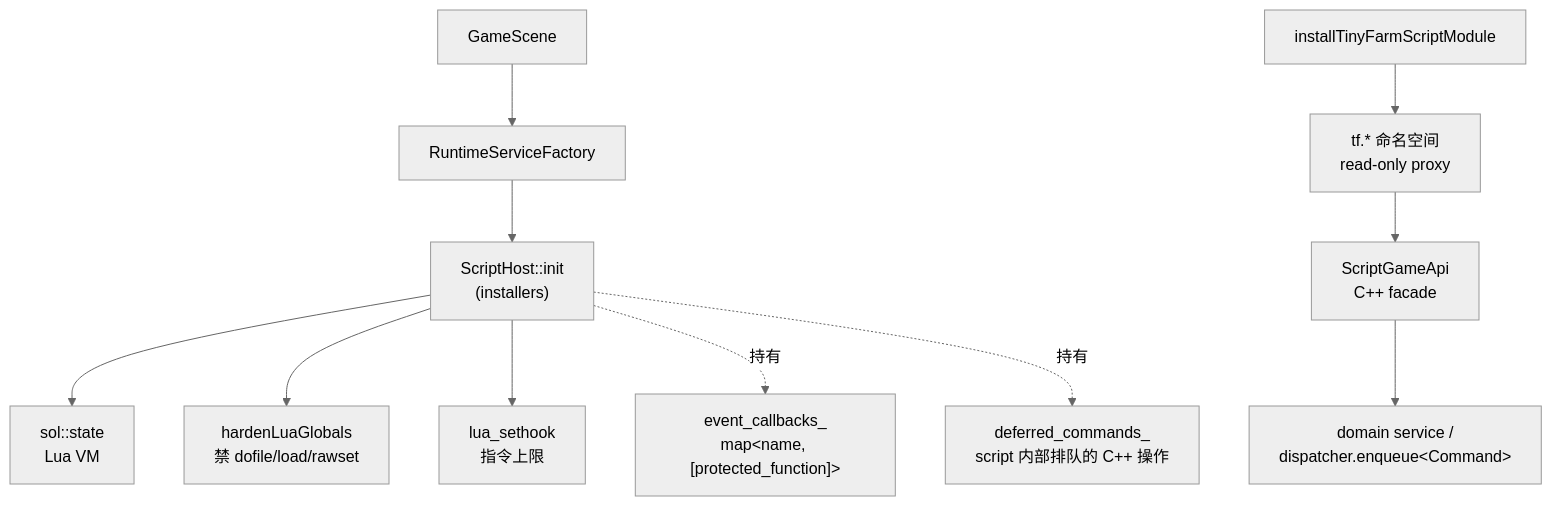
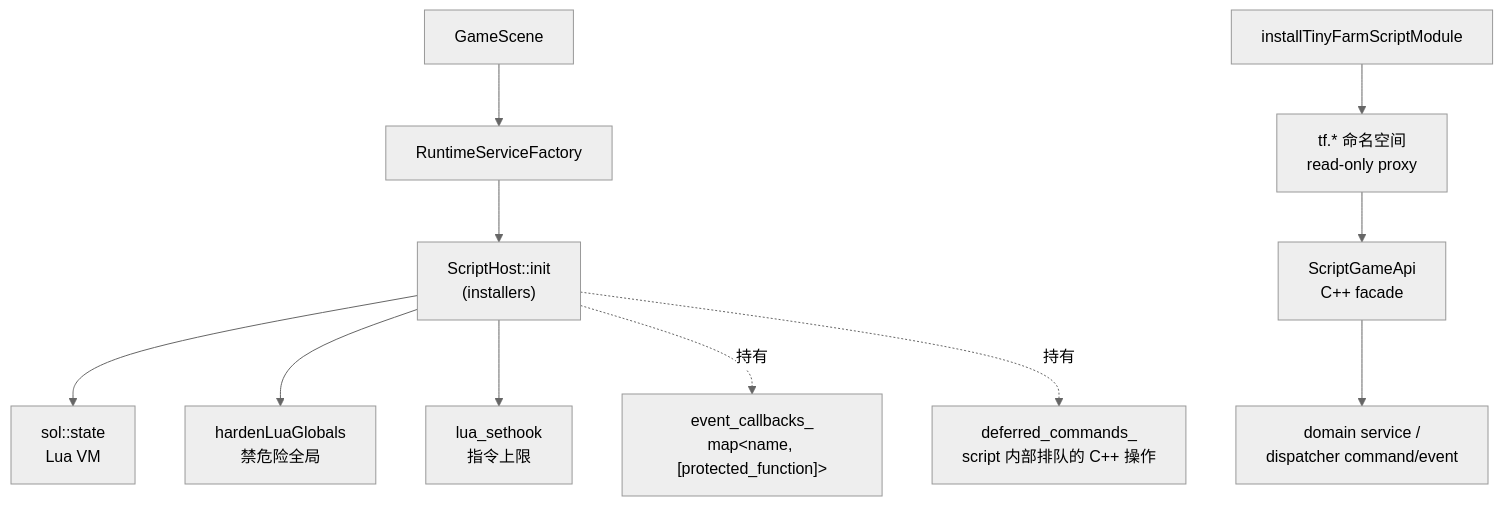
The first of 4 diagrams in lecture_plans/lectures/07-ScriptHost与Sol2绑定.md (WispSnow/TinyFarmRPG), drawn with Mermaid (neutral theme) before and after one commit. The commit also changed other lines of this file and 12 other files, not shown here.

````diff
--- a/lecture_plans/lectures/07-ScriptHost与Sol2绑定.md
+++ b/lecture_plans/lectures/07-ScriptHost与Sol2绑定.md
@@ -43,13 +43,13 @@
 ```mermaid
 flowchart TB
     SCN["GameScene"] --> RSF["RuntimeServiceFactory"]
     RSF --> SH["ScriptHost::init<br/>(installers)"]
     SH --> SL["sol::state<br/>Lua VM"]
-    SH --> HARD["hardenLuaGlobals<br/>禁 dofile/load/rawset"]
+    SH --> HARD["hardenLuaGlobals<br/>禁危险全局"]
     SH --> HOOK["lua_sethook<br/>指令上限"]
     INSTALLER["installTinyFarmScriptModule"] --> TF["tf.* 命名空间<br/>read-only proxy"]
     TF --> API["ScriptGameApi<br/>C++ facade"]
-    API --> DOM["domain service /<br/>dispatcher.enqueue&lt;Command&gt;"]
+    API --> DOM["domain service /<br/>dispatcher command/event"]
     SH -.持有.-> CB["event_callbacks_<br/>map&lt;name, [protected_function]&gt;"]
     SH -.持有.-> DEF["deferred_commands_<br/>script 内部排队的 C++ 操作"]
 ```
````
